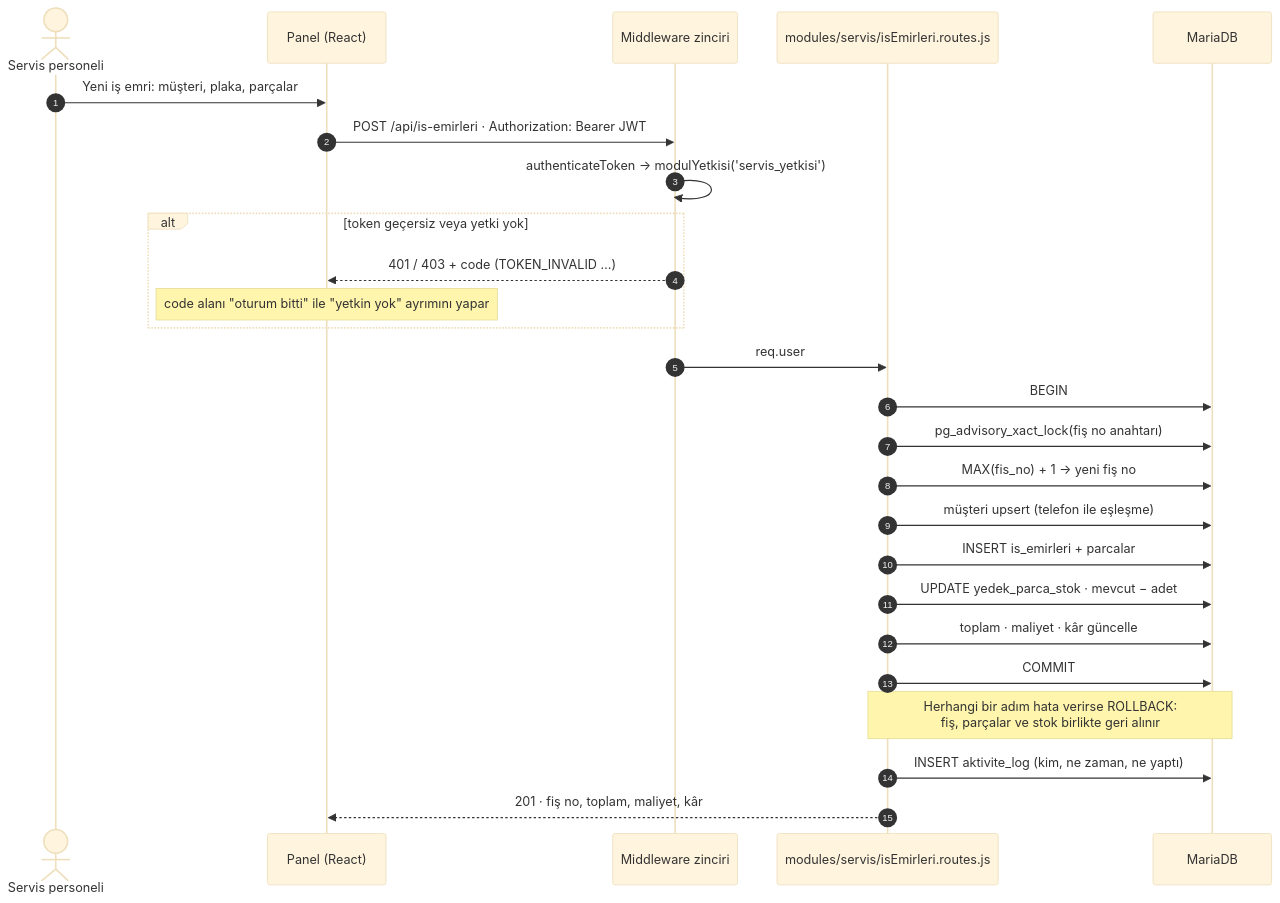
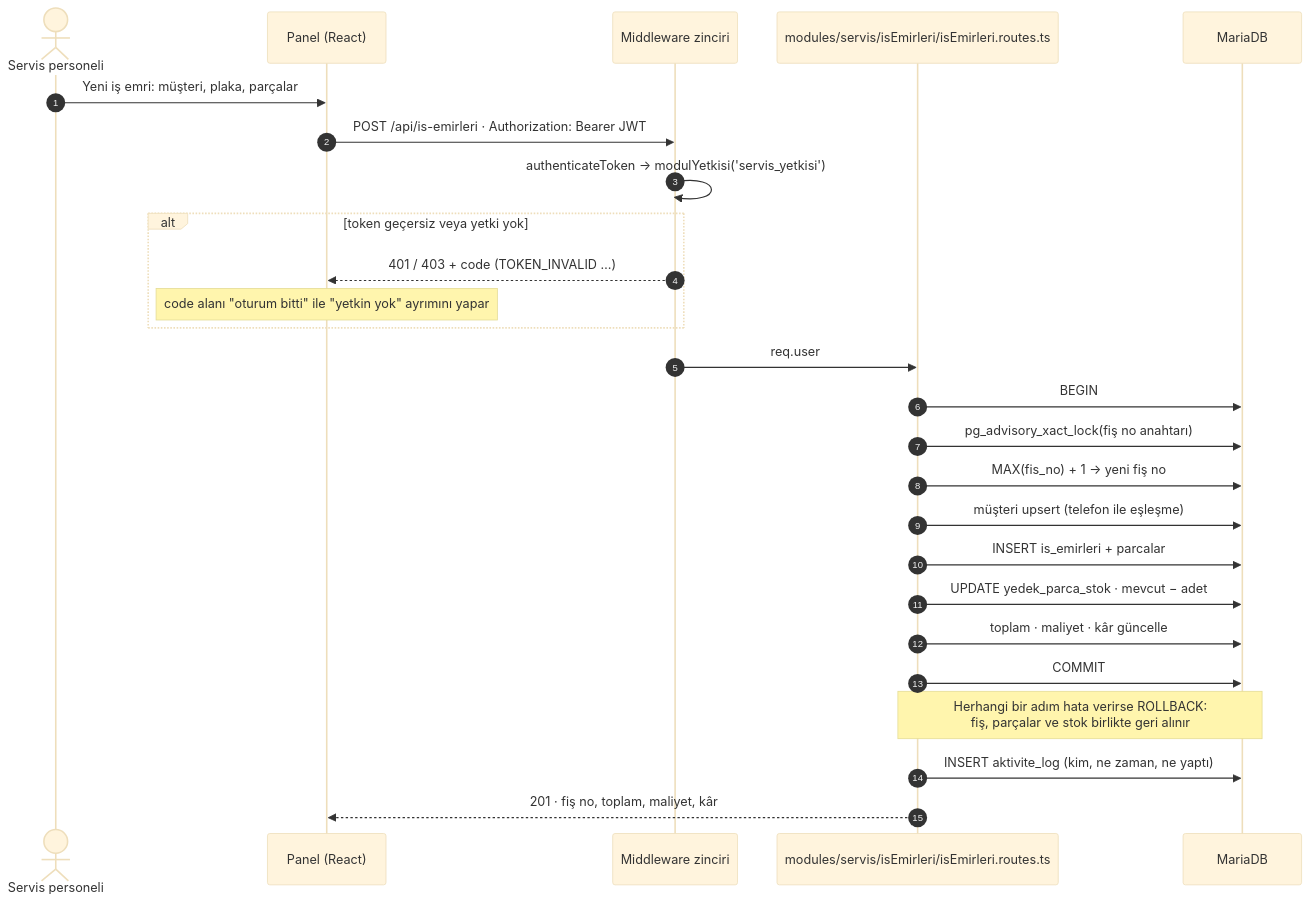
One commit to salih12s/KaynarMotor changed the second of 3 diagrams in README.md. Above: the diagram before and after it, drawn with Mermaid (base theme). The commit also changed other lines of this file and 30 other files, not shown here.

````diff
--- a/README.md
+++ b/README.md
@@ -272,29 +272,29 @@
 ```mermaid
 sequenceDiagram
     autonumber
     actor U as Servis personeli
     participant P as Panel (React)
     participant M as Middleware zinciri
-    participant R as modules/servis/isEmirleri.routes.js
+    participant R as modules/servis/isEmirleri/isEmirleri.routes.ts
     participant DB as MariaDB
 
     U->>P: Yeni iş emri: müşteri, plaka, parçalar
     P->>M: POST /api/is-emirleri · Authorization: Bearer JWT
     M->>M: authenticateToken → modulYetkisi('servis_yetkisi')
     alt token geçersiz veya yetki yok
         M-->>P: 401 / 403 + code (TOKEN_INVALID …)
         Note over P: code alanı "oturum bitti" ile "yetkin yok" ayrımını yapar
     end
     M->>R: req.user
     R->>DB: BEGIN
     R->>DB: pg_advisory_xact_lock(fiş no anahtarı)
     R->>DB: MAX(fis_no) + 1 → yeni fiş no
     R->>DB: müşteri upsert (telefon ile eşleşme)
     R->>DB: INSERT is_emirleri + parcalar
     R->>DB: UPDATE yedek_parca_stok · mevcut − adet
     R->>DB: toplam · maliyet · kâr güncelle
     R->>DB: COMMIT
     Note over R,DB: Herhangi bir adım hata verirse ROLLBACK:<br/>fiş, parçalar ve stok birlikte geri alınır
     R->>DB: INSERT aktivite_log (kim, ne zaman, ne yaptı)
     R-->>P: 201 · fiş no, toplam, maliyet, kâr
 ```
````
